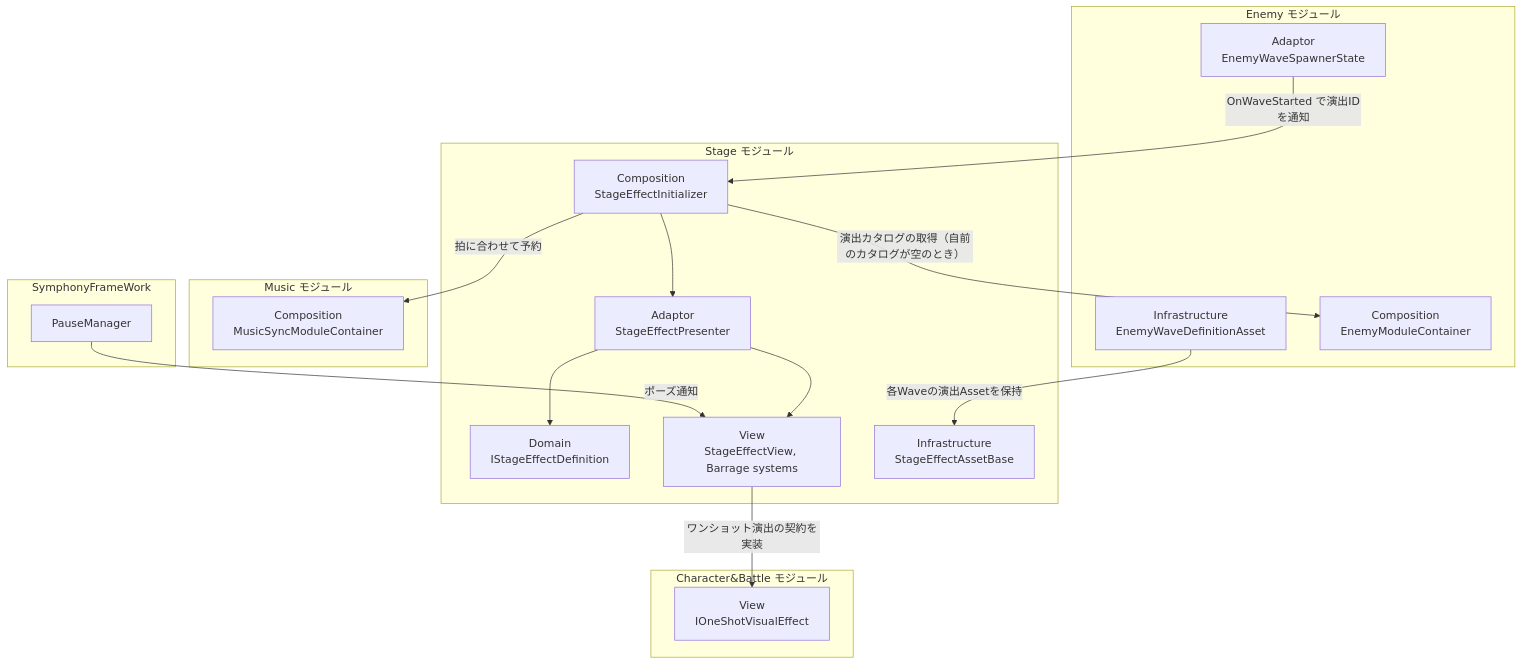
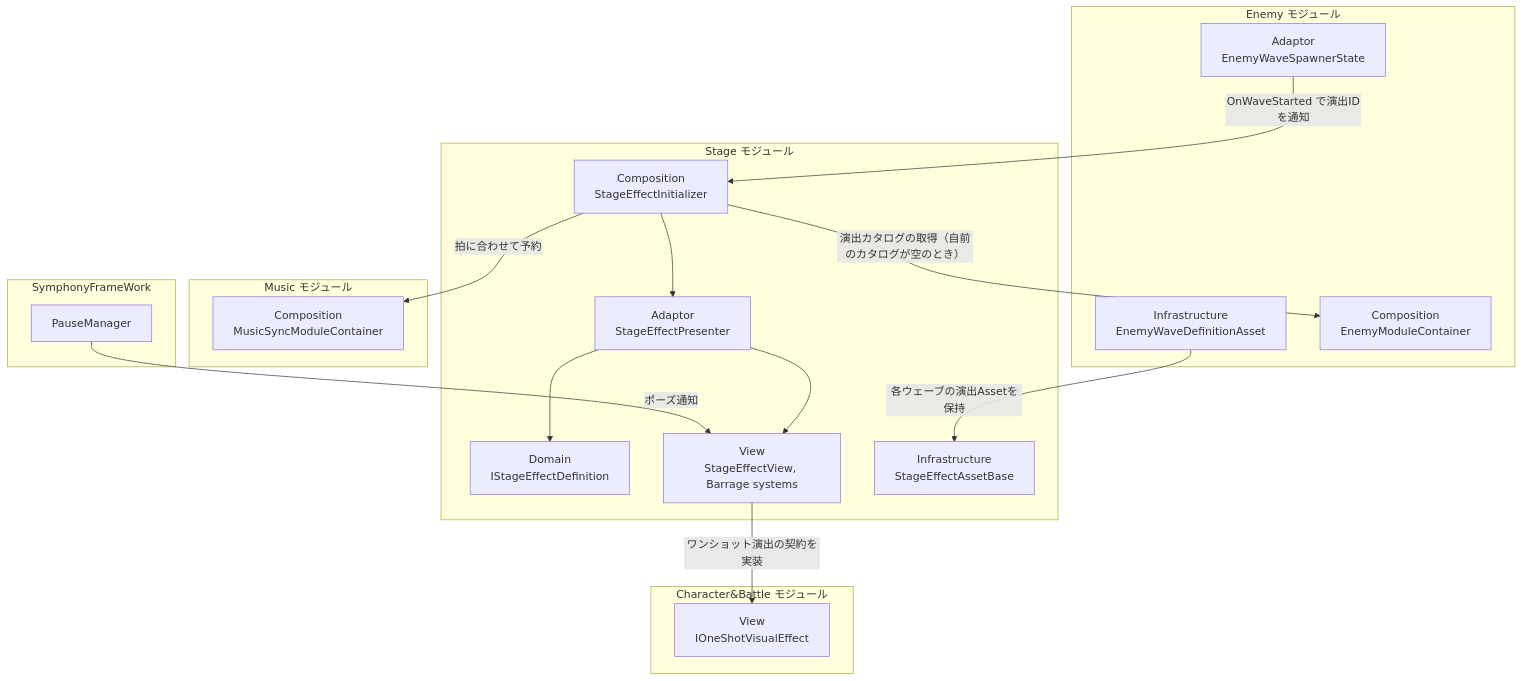
The diagram in Docs/NotionMigration/pages/A2b/3bf7c2c6-cc02-81df-9f25-fc4dc8e9408b.md (HIBIKI5201/SymphonyKillChord), drawn with Mermaid before and after one commit. The commit also changed other lines of this file and 175 other files, not shown here.

````diff
--- a/Docs/NotionMigration/pages/A2b/3bf7c2c6-cc02-81df-9f25-fc4dc8e9408b.md
+++ b/Docs/NotionMigration/pages/A2b/3bf7c2c6-cc02-81df-9f25-fc4dc8e9408b.md
@@ -109,40 +110,40 @@
 ```Mermaid
 graph TD
     %% 定義 (接続のないレイヤーは省略)
     subgraph StageModule [Stage モジュール]
         SG_Domain["Domain<br>IStageEffectDefinition"]
         SG_Adaptor["Adaptor<br>StageEffectPresenter"]
         SG_View["View<br>StageEffectView, Barrage systems"]
         SG_Infra["Infrastructure<br>StageEffectAssetBase"]
         SG_Composition["Composition<br>StageEffectInitializer"]
         SG_Adaptor --> SG_Domain
         SG_Composition --> SG_Adaptor
         SG_Adaptor --> SG_View
     end
 
     subgraph EnemyModule [Enemy モジュール]
         E_Adaptor["Adaptor<br>EnemyWaveSpawnerState"]
         E_Infra["Infrastructure<br>EnemyWaveDefinitionAsset"]
         E_Composition["Composition<br>EnemyModuleContainer"]
     end
 
     subgraph MusicModule [Music モジュール]
         M_Composition["Composition<br>MusicSyncModuleContainer"]
     end
 
     subgraph CharacterModule [Character&Battle モジュール]
         C_View["View<br>IOneShotVisualEffect"]
     end
 
     subgraph FrameworkPause [SymphonyFrameWork]
         P_State["PauseManager"]
     end
 
     %% 依存関係
     E_Adaptor -->|"OnWaveStarted で演出IDを通知"| SG_Composition
     SG_Composition -->|"演出カタログの取得（自前のカタログが空のとき）"| E_Composition
     SG_Composition -->|"拍に合わせて予約"| M_Composition
-    E_Infra -->|"各Waveの演出Assetを保持"| SG_Infra
+    E_Infra -->|"各ウェーブの演出Assetを保持"| SG_Infra
     SG_View -->|"ワンショット演出の契約を実装"| C_View
     P_State -->|"ポーズ通知"| SG_View
 ```
````
